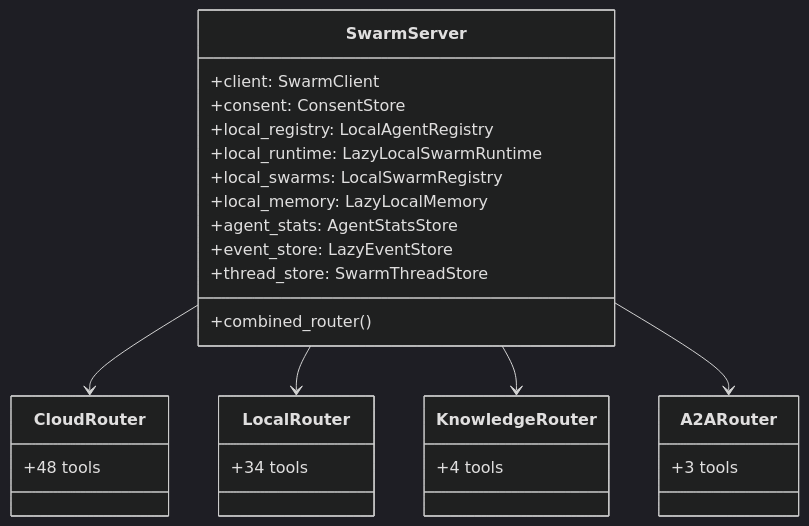
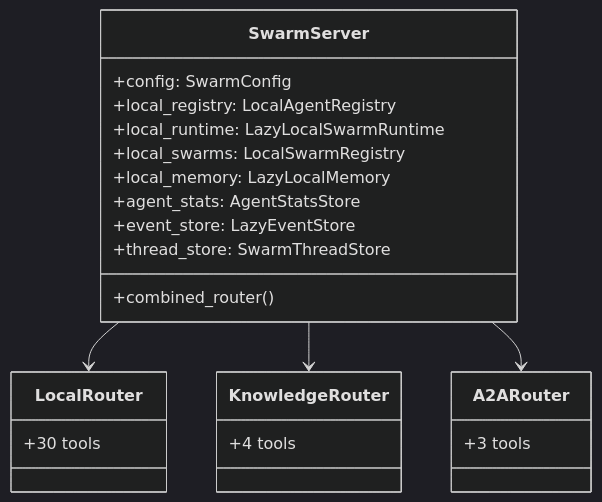
Before and after one commit to mdz-axo/zed-kask: the first of 2 diagrams in kask/docs/diataxis/swarm_system/reference.md, drawn with Mermaid (dark theme). The commit also changed other lines of this file and 31 other files, not shown here.

````diff
--- a/kask/docs/diataxis/swarm_system/reference.md
+++ b/kask/docs/diataxis/swarm_system/reference.md
@@ -23,31 +23,26 @@
 ```mermaid
 classDiagram
     class SwarmServer {
-        +client: SwarmClient
-        +consent: ConsentStore
+        +config: SwarmConfig
         +local_registry: LocalAgentRegistry
         +local_runtime: LazyLocalSwarmRuntime
         +local_swarms: LocalSwarmRegistry
         +local_memory: LazyLocalMemory
         +agent_stats: AgentStatsStore
         +event_store: LazyEventStore
         +thread_store: SwarmThreadStore
         +combined_router()
     }
-    class CloudRouter {
-        +48 tools
-    }
     class LocalRouter {
-        +34 tools
+        +30 tools
     }
     class KnowledgeRouter {
         +4 tools
     }
     class A2ARouter {
         +3 tools
     }
-    SwarmServer --> CloudRouter
     SwarmServer --> LocalRouter
     SwarmServer --> KnowledgeRouter
     SwarmServer --> A2ARouter
 ```
````
